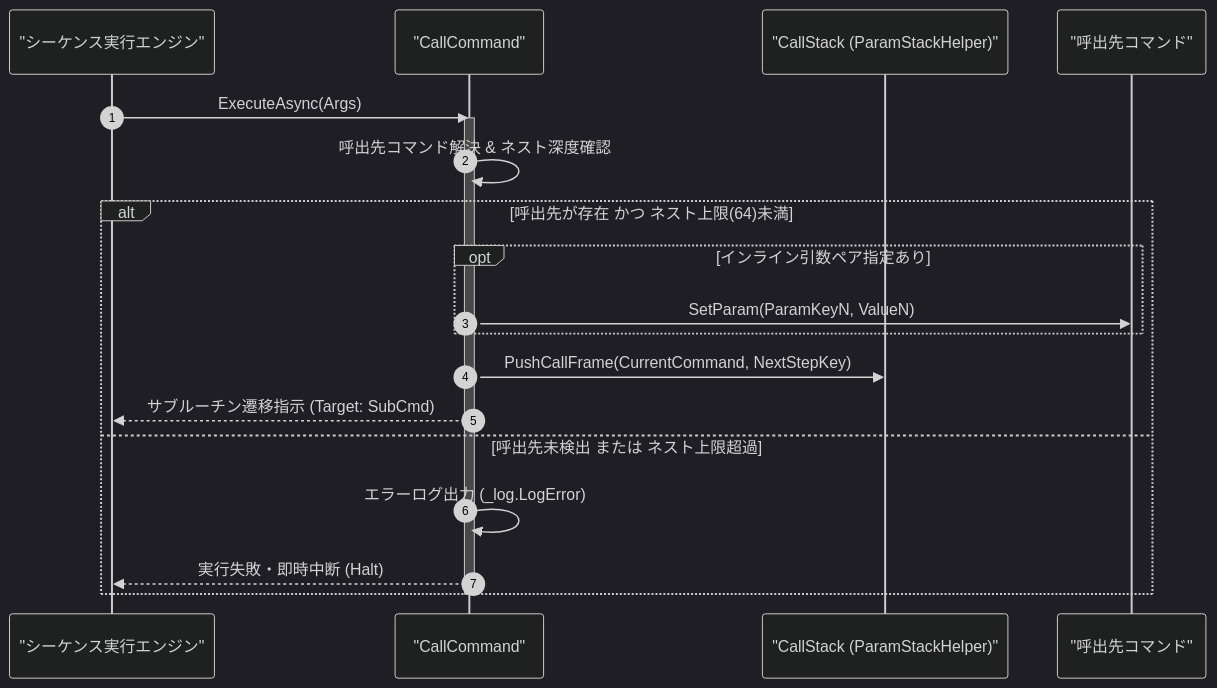
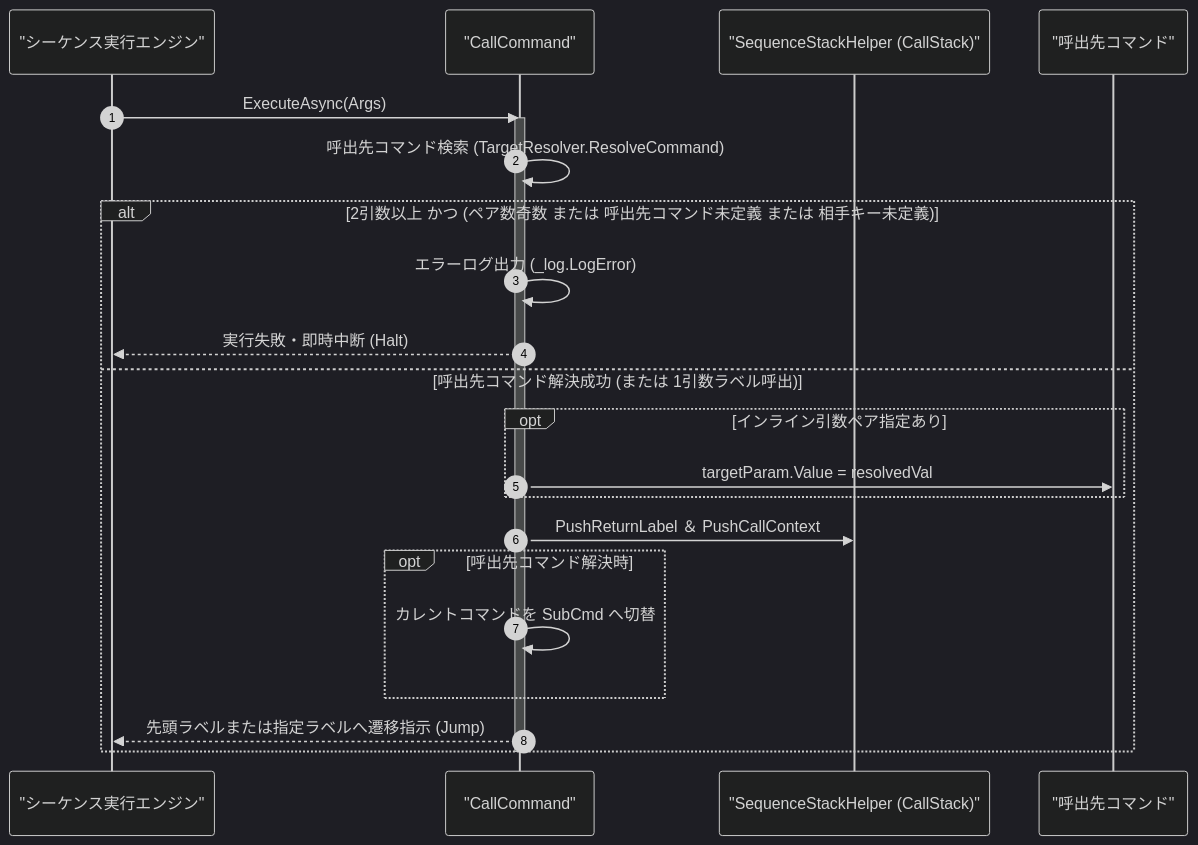
The diagram in Manual/Core/Param/Call.Md (Monaca-App/TermAddIn), drawn with Mermaid (dark theme) before and after one commit. The commit also changed other lines of this file and 157 other files, not shown here.

````diff
--- a/Manual/Core/Param/Call.Md
+++ b/Manual/Core/Param/Call.Md
@@ -71,23 +83,26 @@
 ```mermaid
 sequenceDiagram
     autonumber
     participant Engine as "シーケンス実行エンジン"
     participant Cmd as "CallCommand"
-    participant Stack as "CallStack (ParamStackHelper)"
+    participant Stack as "SequenceStackHelper (CallStack)"
     participant SubCmd as "呼出先コマンド"
 
     Engine->>Cmd: ExecuteAsync(Args)
     activate Cmd
-    Cmd->>Cmd: 呼出先コマンド解決 & ネスト深度確認
-    alt 呼出先が存在 かつ ネスト上限(64)未満
-        opt インライン引数ペア指定あり
-            Cmd->>SubCmd: SetParam(ParamKeyN, ValueN)
-        end
-        Cmd->>Stack: PushCallFrame(CurrentCommand, NextStepKey)
-        Cmd-->>Engine: サブルーチン遷移指示 (Target: SubCmd)
-    else 呼出先未検出 または ネスト上限超過
+    Cmd->>Cmd: 呼出先コマンド検索 (TargetResolver.ResolveCommand)
+    alt 2引数以上 かつ (ペア数奇数 または 呼出先コマンド未定義 または 相手キー未定義)
         Cmd->>Cmd: エラーログ出力 (_log.LogError)
         Cmd-->>Engine: 実行失敗・即時中断 (Halt)
+    else 呼出先コマンド解決成功 (または 1引数ラベル呼出)
+        opt インライン引数ペア指定あり
+            Cmd->>SubCmd: targetParam.Value = resolvedVal
+        end
+        Cmd->>Stack: PushReturnLabel ＆ PushCallContext
+        opt 呼出先コマンド解決時
+            Cmd->>Cmd: カレントコマンドを SubCmd へ切替
+        end
+        Cmd-->>Engine: 先頭ラベルまたは指定ラベルへ遷移指示 (Jump)
     end
     deactivate Cmd
 ```
````
